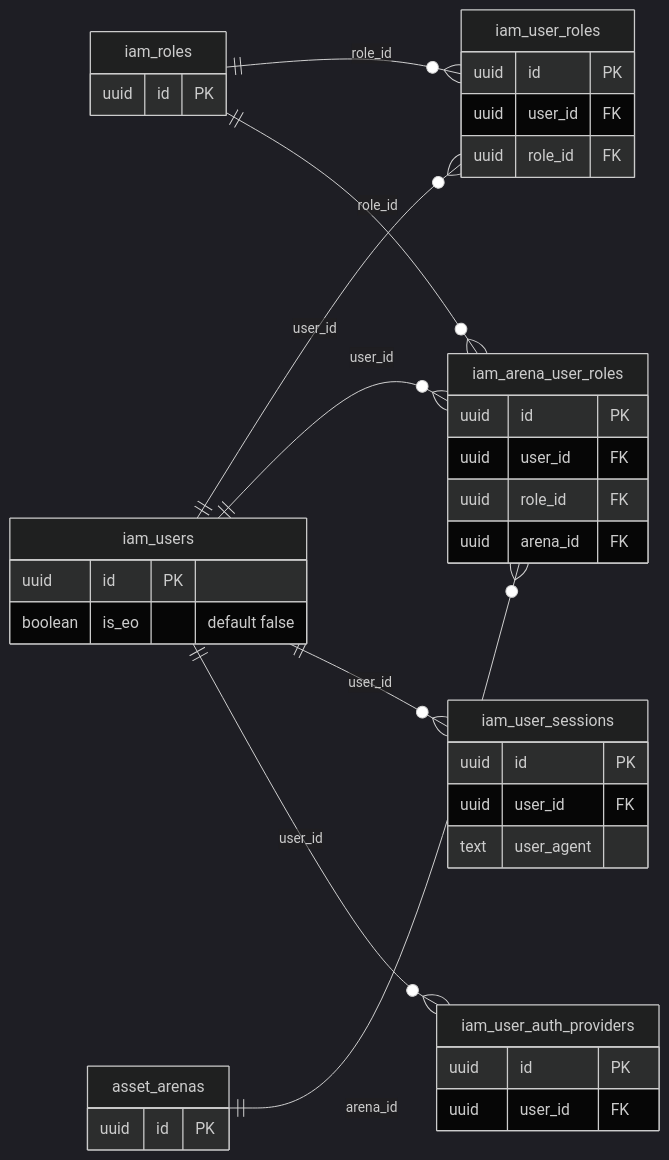
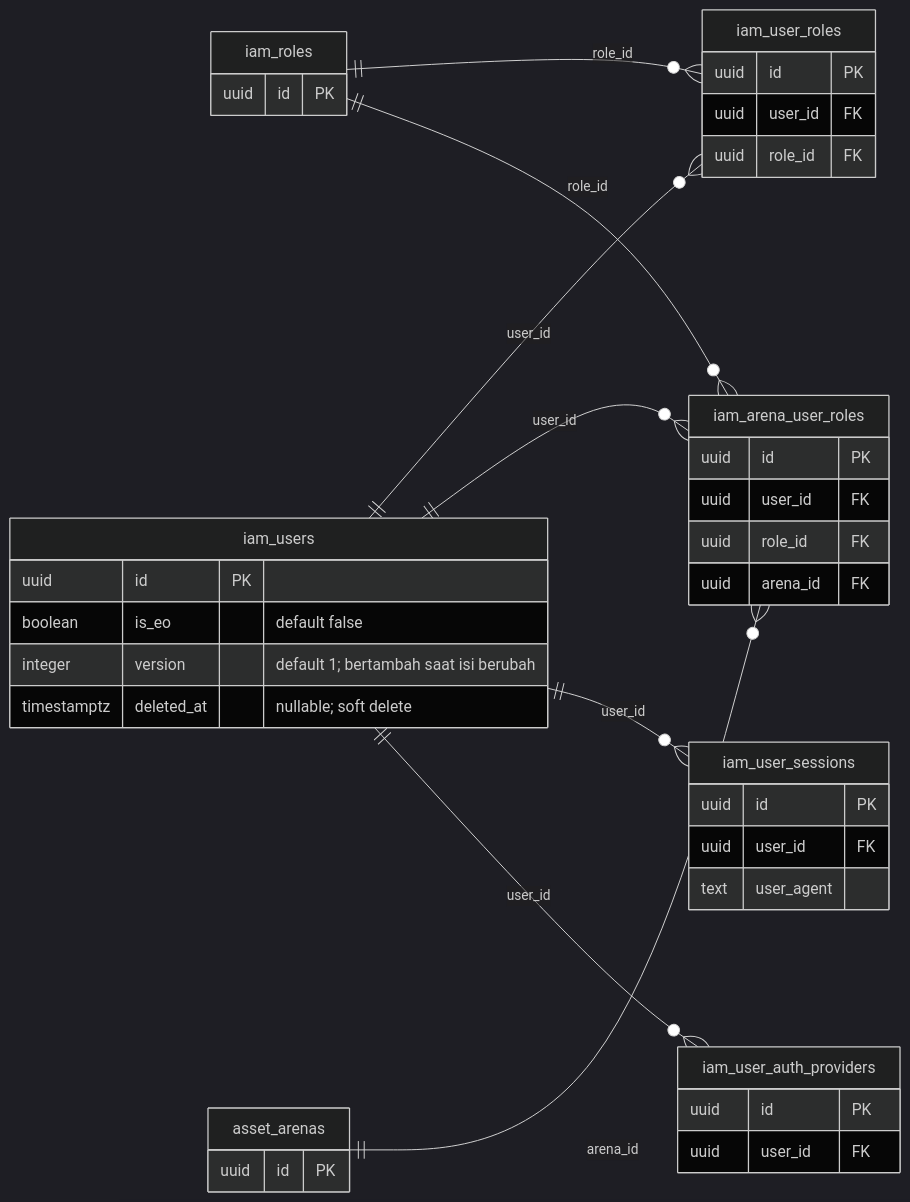
Before and after one commit to bachtiarilham/kicau-mania: the second of 8 diagrams in cloud-app/db/ERD.md, drawn with Mermaid (dark theme). The commit also changed other lines of this file, not shown here.

Commit message:
update : erd

````diff
--- a/cloud-app/db/ERD.md
+++ b/cloud-app/db/ERD.md
@@ -73,41 +76,43 @@
 ```mermaid
 erDiagram
     direction LR
     iam_users {
         uuid id PK
         boolean is_eo "default false"
+        integer version "default 1; bertambah saat isi berubah"
+        timestamptz deleted_at "nullable; soft delete"
     }
     iam_roles {
         uuid id PK
     }
     iam_user_roles {
         uuid id PK
         uuid user_id FK
         uuid role_id FK
     }
     iam_arena_user_roles {
         uuid id PK
         uuid user_id FK
         uuid role_id FK
         uuid arena_id FK
     }
     asset_arenas {
         uuid id PK
     }
     iam_user_sessions {
         uuid id PK
         uuid user_id FK
         text user_agent
     }
     iam_user_auth_providers {
         uuid id PK
         uuid user_id FK
     }
     iam_users ||--o{ iam_user_roles : user_id
     iam_roles ||--o{ iam_user_roles : role_id
     iam_users ||--o{ iam_arena_user_roles : user_id
     iam_roles ||--o{ iam_arena_user_roles : role_id
     asset_arenas ||--o{ iam_arena_user_roles : arena_id
     iam_users ||--o{ iam_user_sessions : user_id
     iam_users ||--o{ iam_user_auth_providers : user_id
 ```
````
